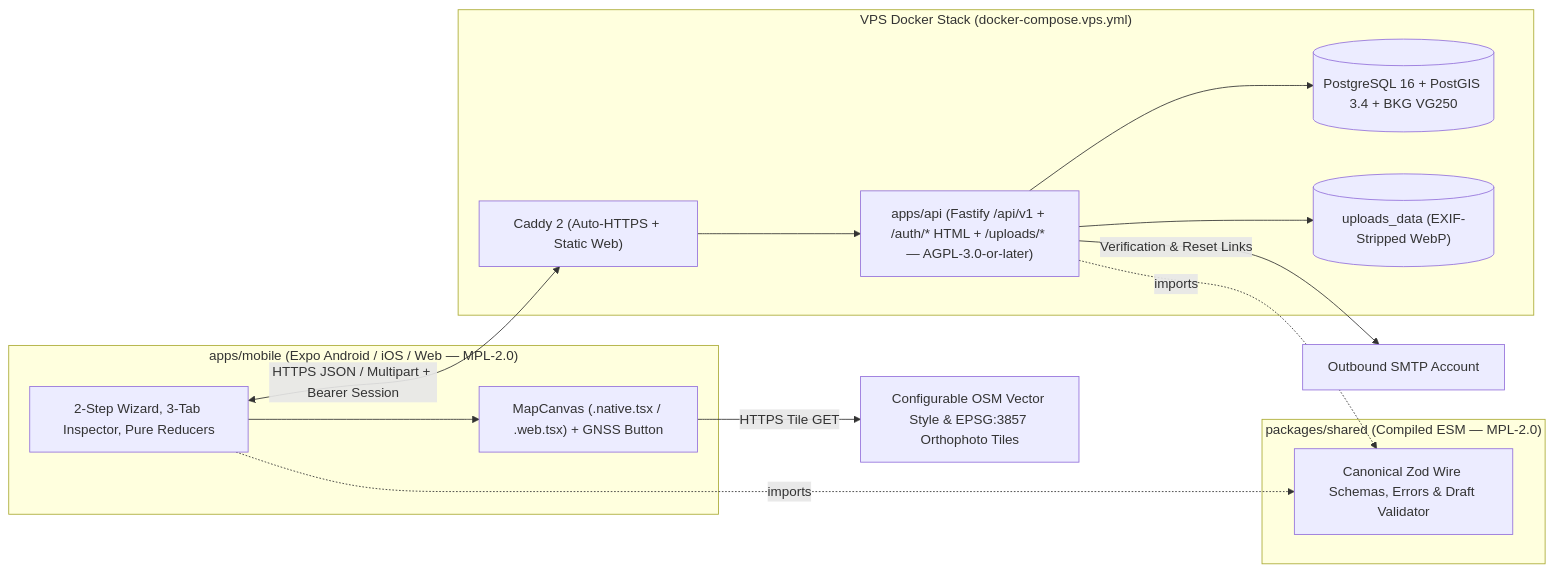
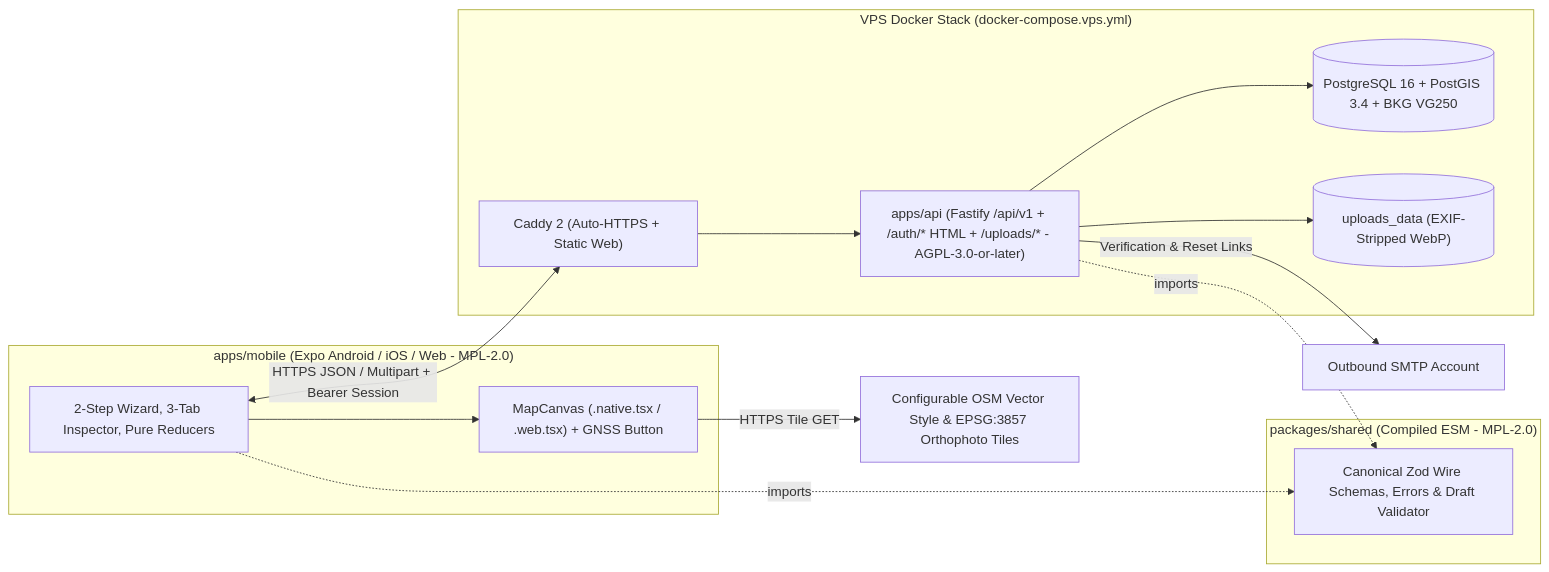
Before and after one commit to severinbro/Unseal: the diagram in README.md, drawn with Mermaid. The commit also changed other lines of this file and 61 other files, not shown here.

````diff
--- a/README.md
+++ b/README.md
@@ -27,27 +27,27 @@
 ```mermaid
 flowchart LR
-  subgraph Client["apps/mobile (Expo Android / iOS / Web — MPL-2.0)"]
+  subgraph Client["apps/mobile (Expo Android / iOS / Web - MPL-2.0)"]
     UI["2-Step Wizard, 3-Tab Inspector, Pure Reducers"]
     MC["MapCanvas (.native.tsx / .web.tsx) + GNSS Button"]
     UI --> MC
   end
-  subgraph Shared["packages/shared (Compiled ESM — MPL-2.0)"]
+  subgraph Shared["packages/shared (Compiled ESM - MPL-2.0)"]
     ZOD["Canonical Zod Wire Schemas, Errors & Draft Validator"]
   end
   subgraph VPS["VPS Docker Stack (docker-compose.vps.yml)"]
     PROXY["Caddy 2 (Auto-HTTPS + Static Web)"]
-    API["apps/api (Fastify /api/v1 + /auth/* HTML + /uploads/* — AGPL-3.0-or-later)"]
+    API["apps/api (Fastify /api/v1 + /auth/* HTML + /uploads/* - AGPL-3.0-or-later)"]
     DB[("PostgreSQL 16 + PostGIS 3.4 + BKG VG250")]
     VOL[("uploads_data (EXIF-Stripped WebP)")]
     PROXY --> API
     API --> DB
     API --> VOL
   end
   SMTP["Outbound SMTP Account"]
   Tiles["Configurable OSM Vector Style & EPSG:3857 Orthophoto Tiles"]
   UI -. imports .-> ZOD
   API -. imports .-> ZOD
   UI <-->|"HTTPS JSON / Multipart + Bearer Session"| PROXY
   API -->|"Verification & Reset Links"| SMTP
   MC -->|"HTTPS Tile GET"| Tiles
 ```
````
